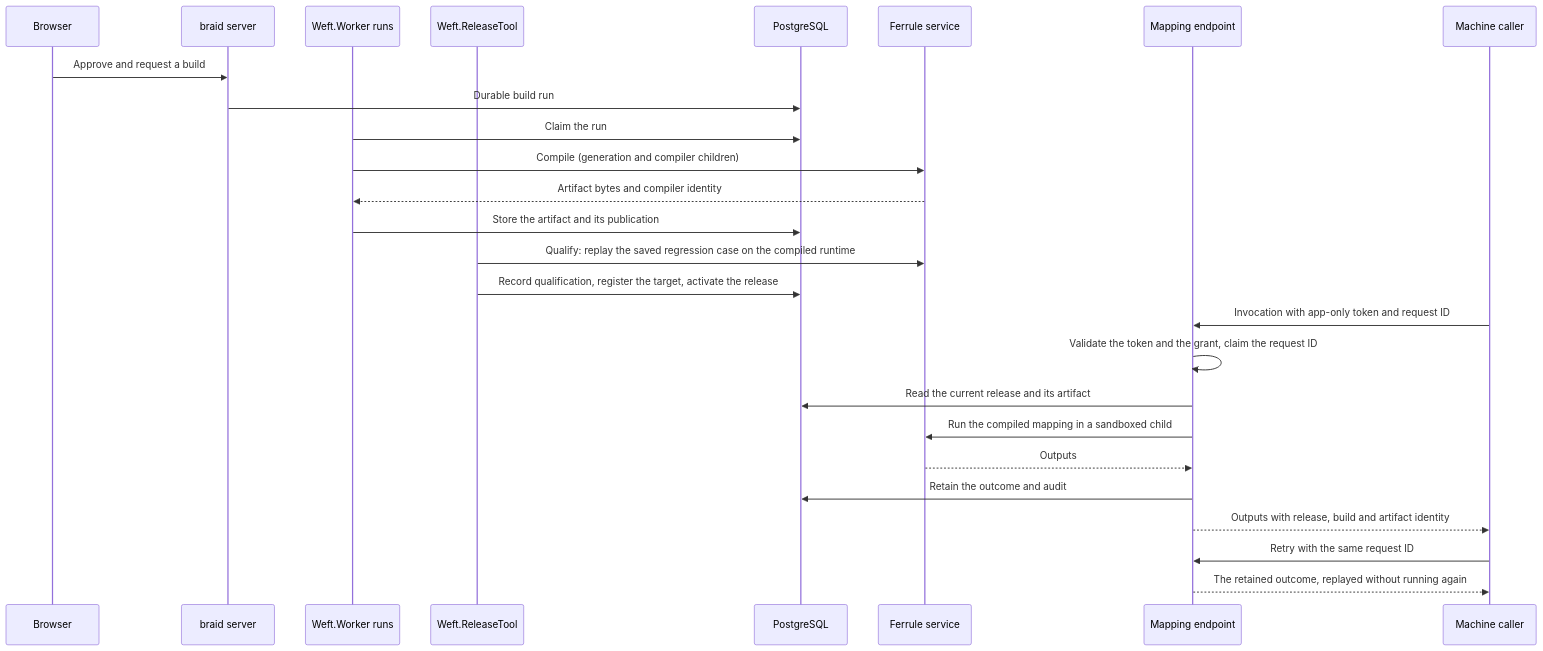
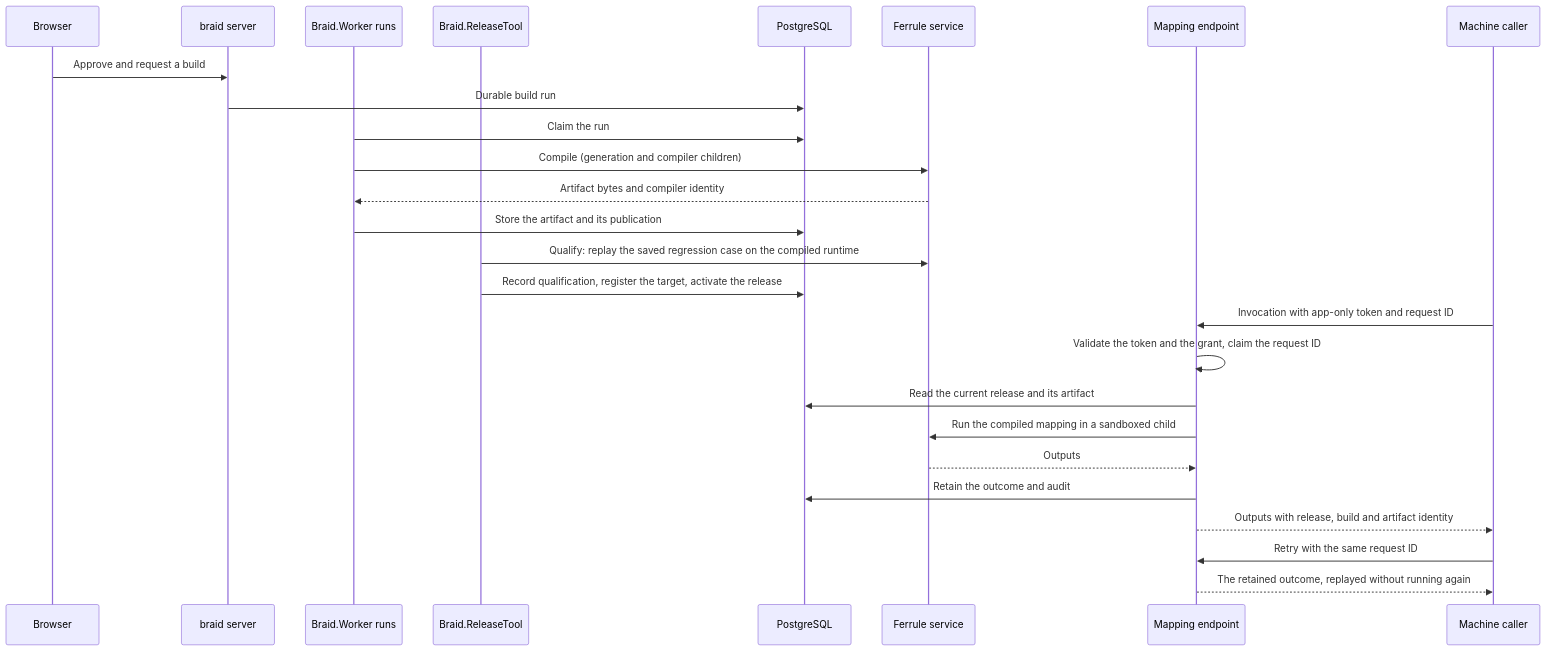
The third of 3 diagrams in docs/architecture.md (DeandreT/braid), drawn with Mermaid before and after one commit. The commit also changed other lines of this file and 3988 other files, not shown here.

````diff
--- a/docs/architecture.md
+++ b/docs/architecture.md
@@ -127,28 +119,28 @@
 ```mermaid
 sequenceDiagram
     participant B as Browser
     participant S as braid server
-    participant W as Weft.Worker runs
-    participant R as Weft.ReleaseTool
+    participant W as Braid.Worker runs
+    participant R as Braid.ReleaseTool
     participant P as PostgreSQL
     participant F as Ferrule service
     participant E as Mapping endpoint
     participant M as Machine caller
     B->>S: Approve and request a build
     S->>P: Durable build run
     W->>P: Claim the run
     W->>F: Compile (generation and compiler children)
     F-->>W: Artifact bytes and compiler identity
     W->>P: Store the artifact and its publication
     R->>F: Qualify: replay the saved regression case on the compiled runtime
     R->>P: Record qualification, register the target, activate the release
     M->>E: Invocation with app-only token and request ID
     E->>E: Validate the token and the grant, claim the request ID
     E->>P: Read the current release and its artifact
     E->>F: Run the compiled mapping in a sandboxed child
     F-->>E: Outputs
     E->>P: Retain the outcome and audit
     E-->>M: Outputs with release, build and artifact identity
     M->>E: Retry with the same request ID
     E-->>M: The retained outcome, replayed without running again
 ```
````
